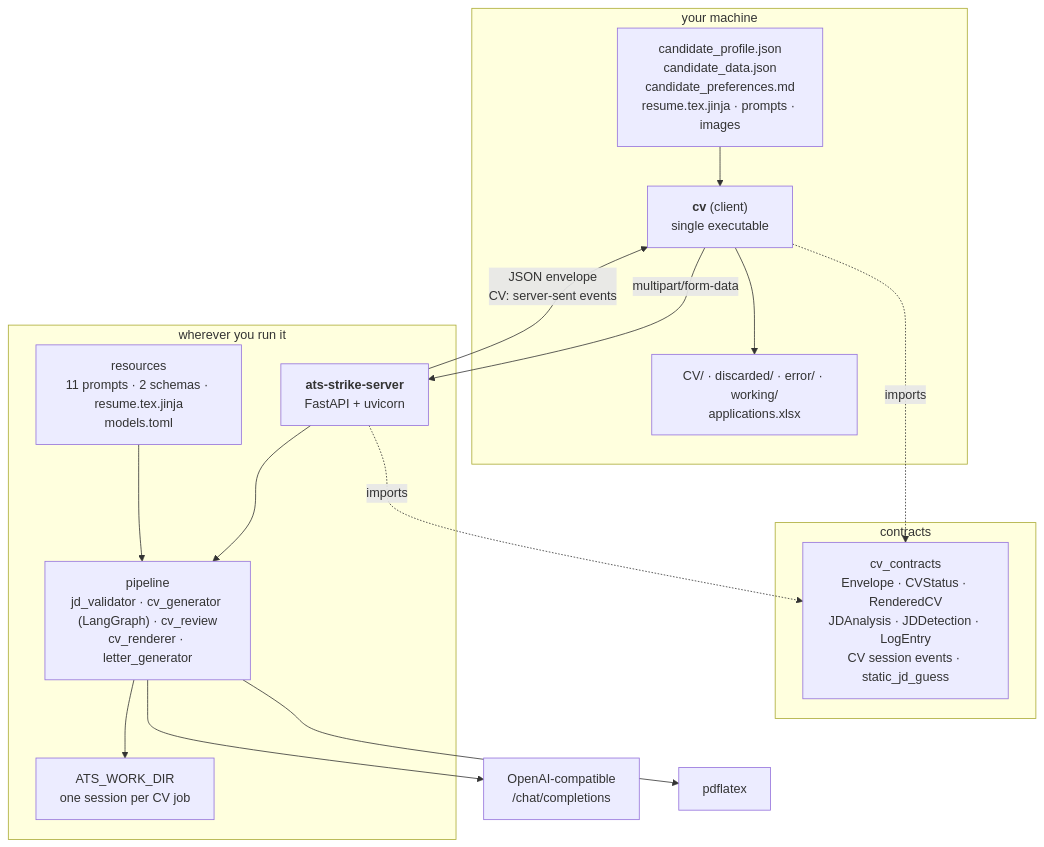
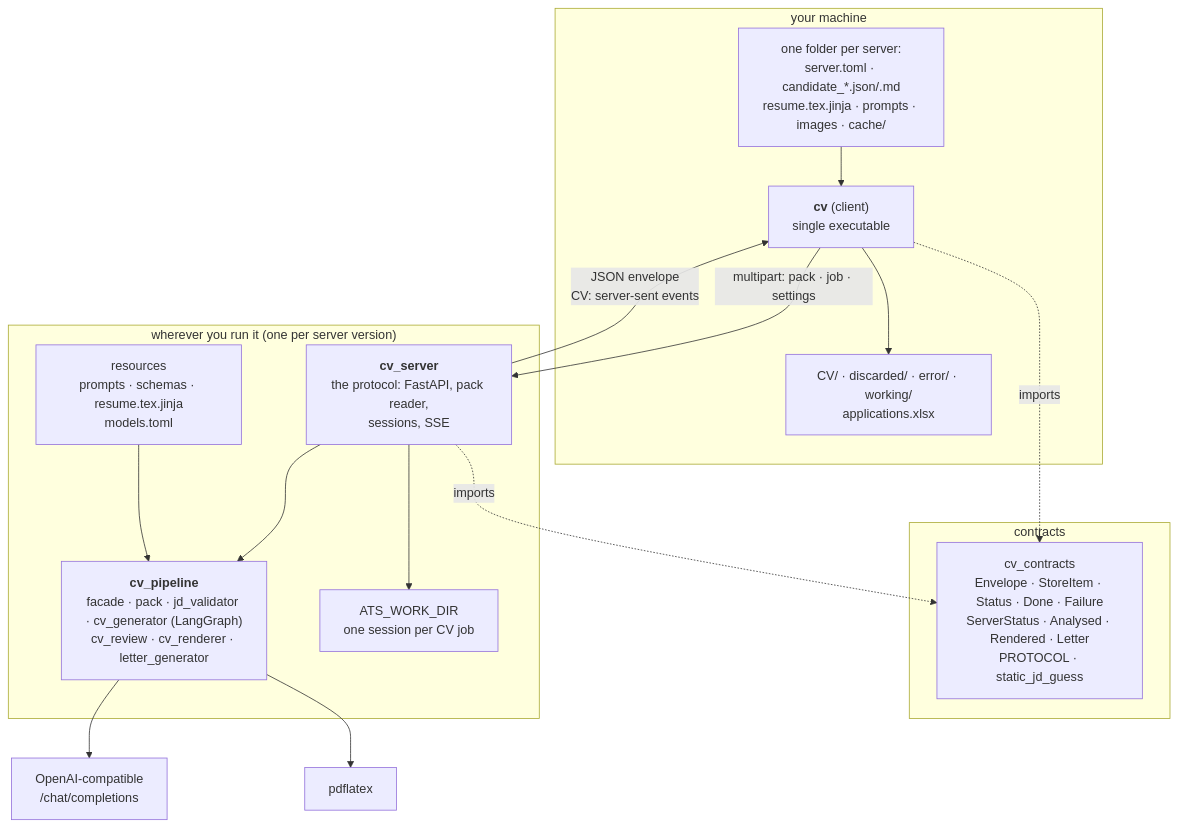
The first of 2 diagrams in doc/architecture.md (gcontini/ats-strike), drawn with Mermaid before and after one commit. The commit also changed other lines of this file and 157 other files, not shown here.

````diff
--- a/doc/architecture.md
+++ b/doc/architecture.md
@@ -5,34 +5,34 @@
 ```mermaid
 flowchart TB
     subgraph your["your machine"]
         CLI["<b>cv</b> (client)<br/>single executable"]
-        FILES["candidate_profile.json<br/>candidate_data.json<br/>candidate_preferences.md<br/>resume.tex.jinja · prompts · images"]
+        FILES["one folder per server:<br/>server.toml · candidate_*.json/.md<br/>resume.tex.jinja · prompts · images · cache/"]
         OUT["CV/ · discarded/ · error/ · working/<br/>applications.xlsx"]
         FILES --> CLI
         CLI --> OUT
     end
 
     subgraph wire["contracts"]
-        CT["cv_contracts<br/>Envelope · CVStatus · RenderedCV<br/>JDAnalysis · JDDetection · LogEntry<br/>CV session events · static_jd_guess"]
+        CT["cv_contracts<br/>Envelope · StoreItem · Status · Done · Failure<br/>ServerStatus · Analysed · Rendered · Letter<br/>PROTOCOL · static_jd_guess"]
     end
 
-    subgraph host["wherever you run it"]
-        API["<b>ats-strike-server</b><br/>FastAPI + uvicorn"]
-        PIPE["pipeline<br/>jd_validator · cv_generator (LangGraph) · cv_review<br/>cv_renderer · letter_generator"]
-        RES["resources<br/>11 prompts · 2 schemas · resume.tex.jinja<br/>models.toml"]
+    subgraph host["wherever you run it (one per server version)"]
+        API["<b>cv_server</b><br/>the protocol: FastAPI, pack reader,<br/>sessions, SSE"]
+        PIPE["<b>cv_pipeline</b><br/>facade · pack · jd_validator · cv_generator (LangGraph)<br/>cv_review · cv_renderer · letter_generator"]
+        RES["resources<br/>prompts · schemas · resume.tex.jinja<br/>models.toml"]
         STORE["ATS_WORK_DIR<br/>one session per CV job"]
         API --> PIPE
         RES --> PIPE
-        PIPE --> STORE
+        API --> STORE
     end
 
     PROV["OpenAI-compatible<br/>/chat/completions"]
     TEX["pdflatex"]
 
-    CLI -->|"multipart/form-data"| API
+    CLI -->|"multipart: pack · job · settings"| API
     API -->|"JSON envelope<br/>CV: server-sent events"| CLI
     CLI -.imports.-> CT
     API -.imports.-> CT
     PIPE --> PROV
     PIPE --> TEX
 ```
````
